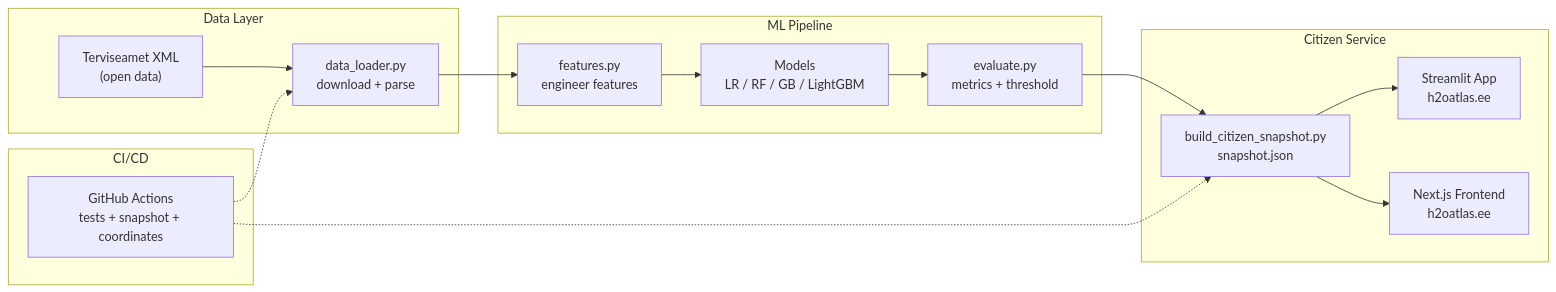
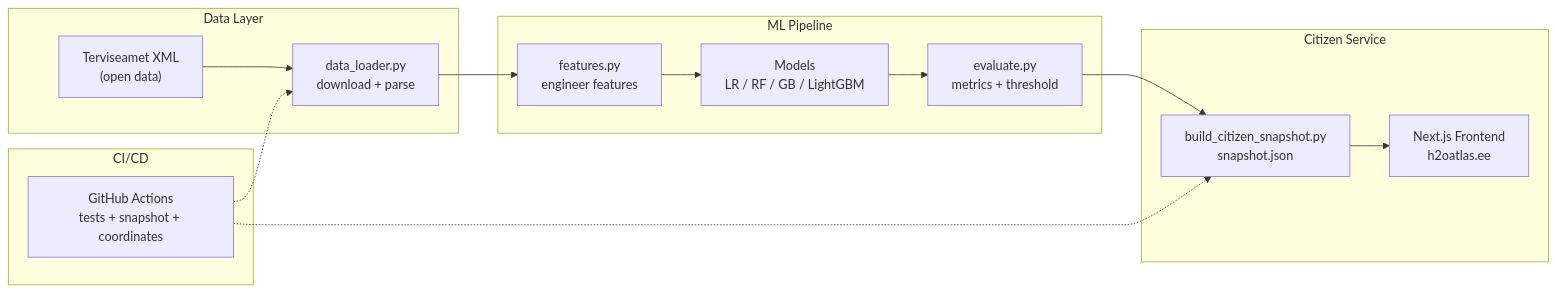
One commit to sapsan14/water-quality-ee changed the diagram in README.md. Above: the diagram before and after it, drawn with Mermaid. The commit also changed other lines of this file and 20 other files, not shown here.

First line of the commit message:
remove Streamlit app entirely — NextJS frontend is the sole UI

````diff
--- a/README.md
+++ b/README.md
@@ -226,30 +223,28 @@
 ```mermaid
 flowchart LR
     subgraph Data["Data Layer"]
         XML["Terviseamet XML\n(open data)"]
         DL["data_loader.py\ndownload + parse"]
         XML --> DL
     end
 
     subgraph ML["ML Pipeline"]
         FE["features.py\nengineer features"]
         MOD["Models\nLR / RF / GB / LightGBM"]
         EV["evaluate.py\nmetrics + threshold"]
         DL --> FE --> MOD --> EV
     end
 
     subgraph Citizen["Citizen Service"]
         SNAP["build_citizen_snapshot.py\nsnapshot.json"]
-        ST["Streamlit App\nh2oatlas.ee"]
         FE2["Next.js Frontend\nh2oatlas.ee"]
         EV --> SNAP
-        SNAP --> ST
         SNAP --> FE2
     end
 
     subgraph CI["CI/CD"]
         GH["GitHub Actions\ntests + snapshot + coordinates"]
         GH -.-> DL
         GH -.-> SNAP
     end
 ```
````
